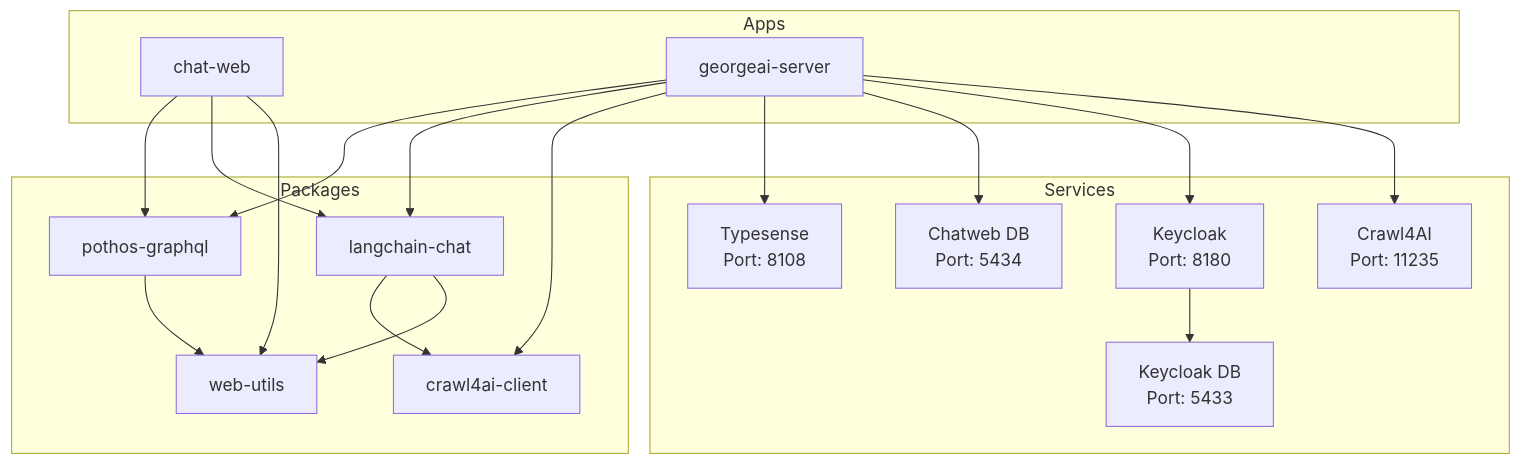
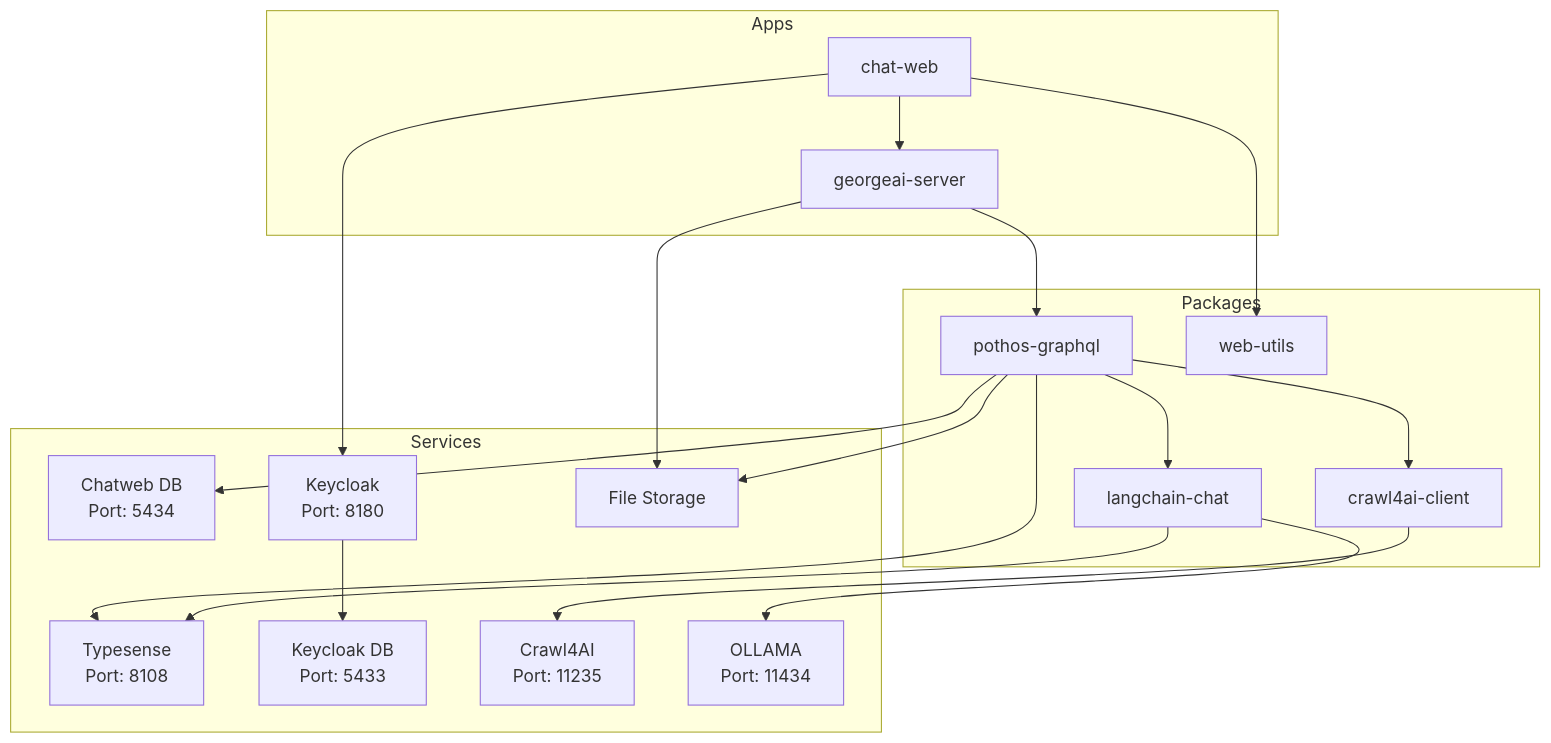
The diagram in README.md (progwise/george-ai), drawn with Mermaid before and after one commit. The commit also changed other lines of this file and 2 other files, not shown here.

````diff
--- a/README.md
+++ b/README.md
@@ -106,44 +106,45 @@
 ```mermaid
 flowchart TD
 
   subgraph Apps
     chatWeb[chat-web]
     georgeaiServer[georgeai-server]
   end
 
   subgraph Packages
     pothosGraphQL[pothos-graphql]
     langchainChat[langchain-chat]
     crawl4aiClient[crawl4ai-client]
     webUtils[web-utils]
   end
 
   subgraph Services
     typesense[Typesense<br>Port: 8108]
     chatwebDB[Chatweb DB<br>Port: 5434]
     keycloakDB[Keycloak DB<br>Port: 5433]
     keycloak[Keycloak<br>Port: 8180]
     crawl4ai[Crawl4AI<br>Port: 11235]
+    ollama[OLLAMA<br>Port: 11434]
+    fileStorage[File Storage]
   end
 
   %% Apps and their dependencies
-  chatWeb --> pothosGraphQL
-  chatWeb --> langchainChat
+  chatWeb --> keycloak
   chatWeb --> webUtils
-
+  chatWeb --> georgeaiServer
   georgeaiServer --> pothosGraphQL
-  georgeaiServer --> langchainChat
-  georgeaiServer --> crawl4aiClient
+  georgeaiServer --> fileStorage
 
   %% Package dependencies
-  langchainChat --> crawl4aiClient
-  langchainChat --> webUtils
-  pothosGraphQL --> webUtils
+  crawl4aiClient --> crawl4ai
+  pothosGraphQL --> chatwebDB
+  pothosGraphQL --> typesense
+  pothosGraphQL --> langchainChat
+  pothosGraphQL --> crawl4aiClient
+  langchainChat --> ollama
+  langchainChat --> typesense
+  pothosGraphQL --> fileStorage
 
   %% Services and their relationships
-  georgeaiServer --> typesense
-  georgeaiServer --> chatwebDB
-  georgeaiServer --> keycloak
-  georgeaiServer --> crawl4ai
   keycloak --> keycloakDB
 ```
````
